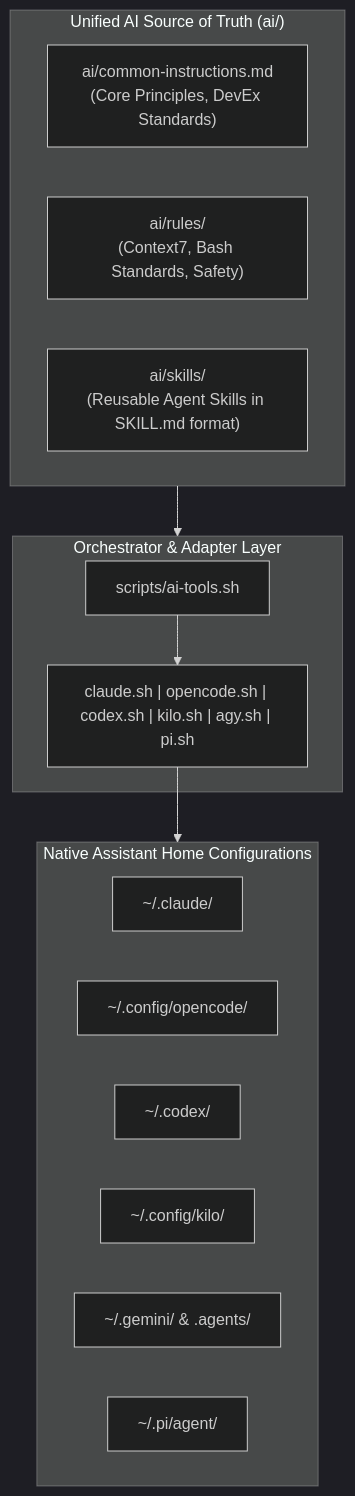
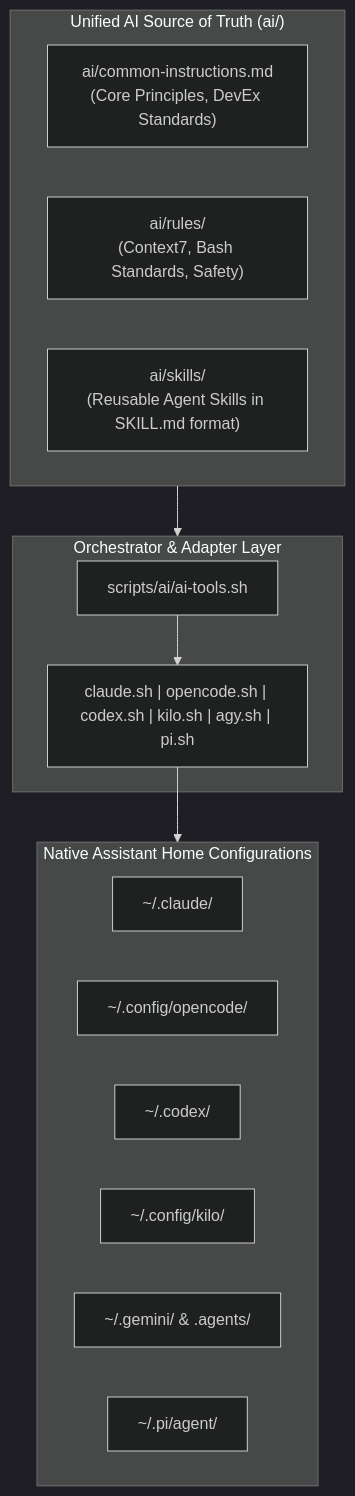
The seventh of 7 diagrams in docs/architecture.md (nmenag/dotfiles), drawn with Mermaid (dark theme) before and after one commit. The commit also changed other lines of this file and 37 other files, not shown here.

````diff
--- a/docs/architecture.md
+++ b/docs/architecture.md
@@ -320,26 +322,26 @@
 ```mermaid
 graph TD
     subgraph CanonicalCore["Unified AI Source of Truth (ai/)"]
         Common["ai/common-instructions.md<br/>(Core Principles, DevEx Standards)"]
         Rules["ai/rules/<br/>(Context7, Bash Standards, Safety)"]
         Skills["ai/skills/<br/>(Reusable Agent Skills in SKILL.md format)"]
     end
 
     subgraph AdaptersLayer["Orchestrator & Adapter Layer"]
-        AiTools["scripts/ai-tools.sh"]
+        AiTools["scripts/ai/ai-tools.sh"]
         Adapters["claude.sh | opencode.sh | codex.sh | kilo.sh | agy.sh | pi.sh"]
     end
 
     subgraph NativeTargets["Native Assistant Home Configurations"]
         Claude["~/.claude/"]
         OpenCode["~/.config/opencode/"]
         Codex["~/.codex/"]
         Kilo["~/.config/kilo/"]
         Agy["~/.gemini/ & .agents/"]
         Pi["~/.pi/agent/"]
     end
 
     CanonicalCore --> AdaptersLayer
     AiTools --> Adapters
     Adapters --> NativeTargets
 ```
````
